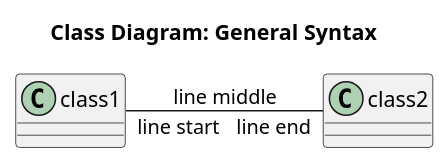
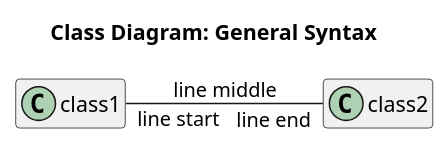
The sixth of 21 diagrams in uml_markdown_summary.md (chraxo/UmlMarkdownCheatSheet), drawn with PlantUML before and after one commit. The commit also changed other lines of this file, not shown here.

Commit message:
class diagram: more compact design

```diff
--- a/uml_markdown_summary.md
+++ b/uml_markdown_summary.md
@@ -165,7 +165,14 @@
 @startuml
-title Class Diagram: General Syntax
-left to right direction
+    title Class Diagram: General Syntax
+    
+    ' optional switch to set the diagram orientation:
+    left to right direction
 
-class "class2" as c2
-class1 "line start" -- "line end" c2 : line middle
+    ' optional:
+    hide empty members
+
+    ' "as" sets an alias name, here "c2" for "class2"
+    class "class2" as c2
+
+    class1 "line start" -- "line end" c2 : line middle
 @enduml
```
